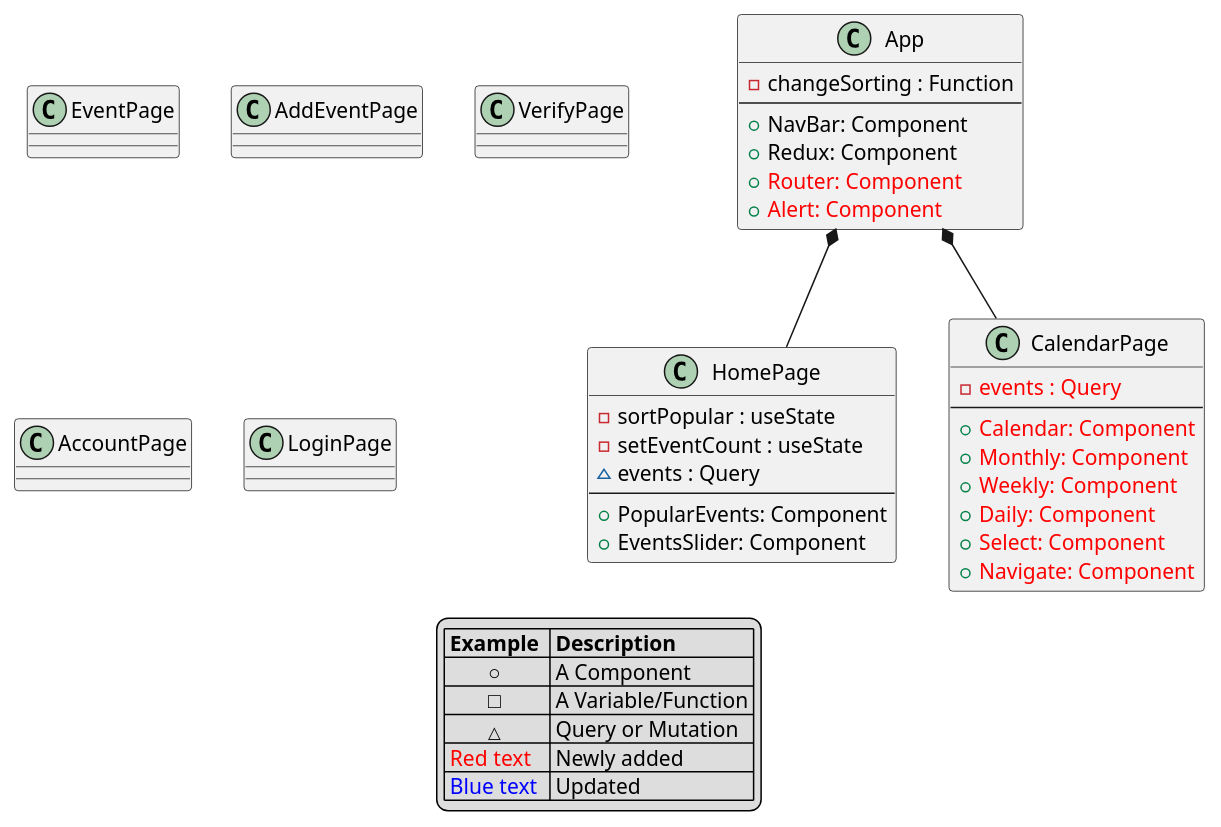
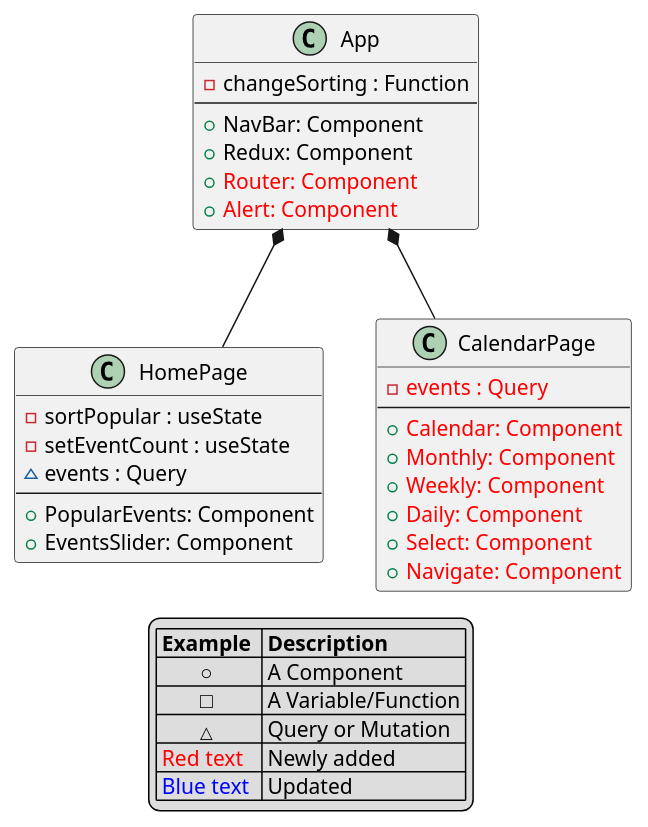
One commit to oscarboe/Studieforeningskalender_Front_end changed the diagram in Tryagain/CD_FE_US3.puml. Above: the diagram before and after it, drawn with PlantUML. The commit also changed 38 other files, not shown here.

```diff
--- a/Tryagain/CD_FE_US3.puml
+++ b/Tryagain/CD_FE_US3.puml
@@ -1,55 +1,46 @@
 @startuml FrontEndClassDiagram
 class HomePage {
     - sortPopular : useState
     - setEventCount : useState
     ~ events : Query 
     --
     + PopularEvents: Component
     + EventsSlider: Component
 }
 
 
 
 class App {
     - changeSorting : Function
     --
     + NavBar: Component
     + Redux: Component
     + <color:red>Router: Component
     + <color:red>Alert: Component
     }
 
 class CalendarPage {
     - <color:red>events : Query
     --
     + <color:red>Calendar: Component
     + <color:red>Monthly: Component
     + <color:red>Weekly: Component
     + <color:red>Daily: Component
     + <color:red>Select: Component
     + <color:red>Navigate: Component
 }
 
 App*-- HomePage    
 App*-- CalendarPage   
 
-class EventPage {
-}
-class AddEventPage {
-}
-class VerifyPage {
-}
-class AccountPage {
-}
-class LoginPage {
-    }
+
 
 legend
     |= Example  |= Description |
     |        ○ | A Component |
     |        □ | A Variable/Function |
     |        <size:11>△ | Query or Mutation |
     |<color:red> Red text | Newly added|
     |<color:blue> Blue text | Updated |
 endlegend
 @enduml
```
